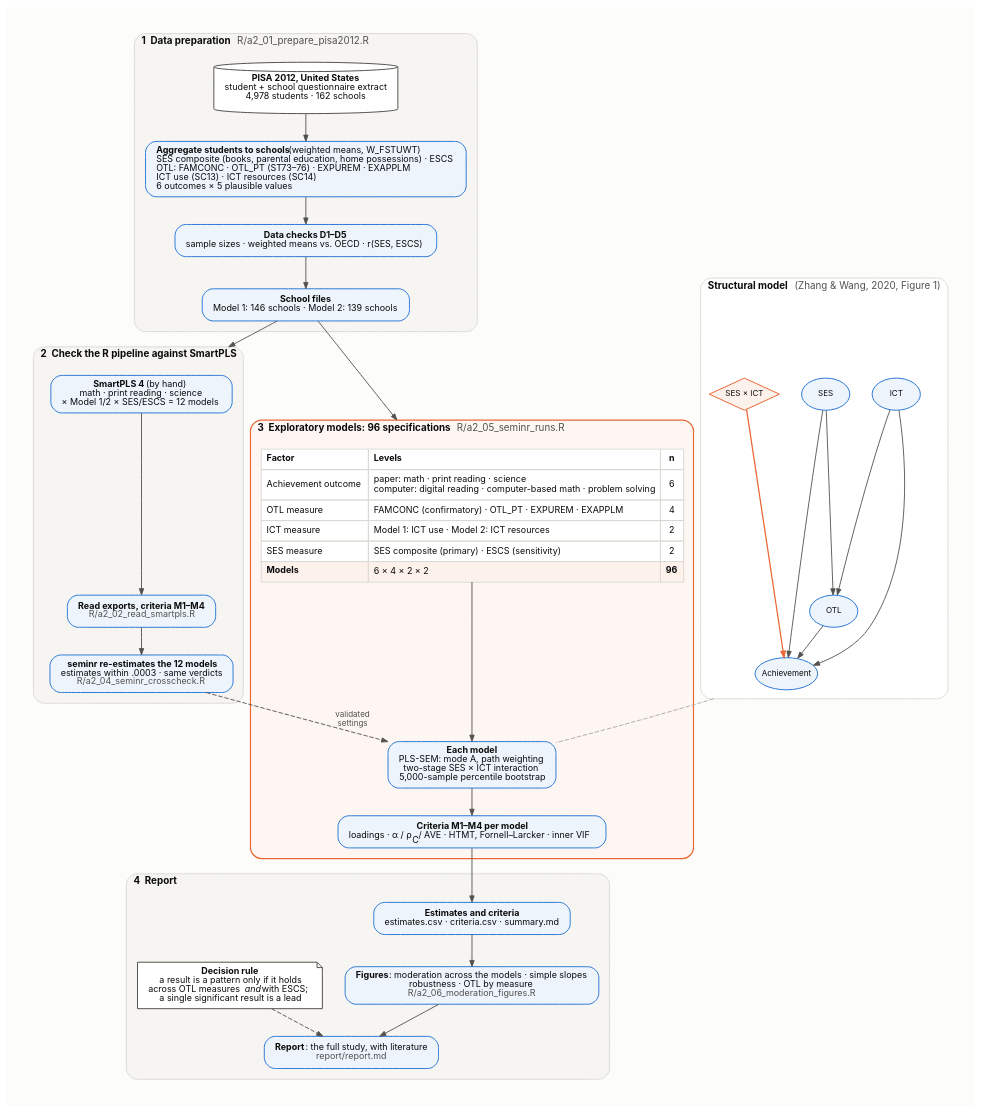
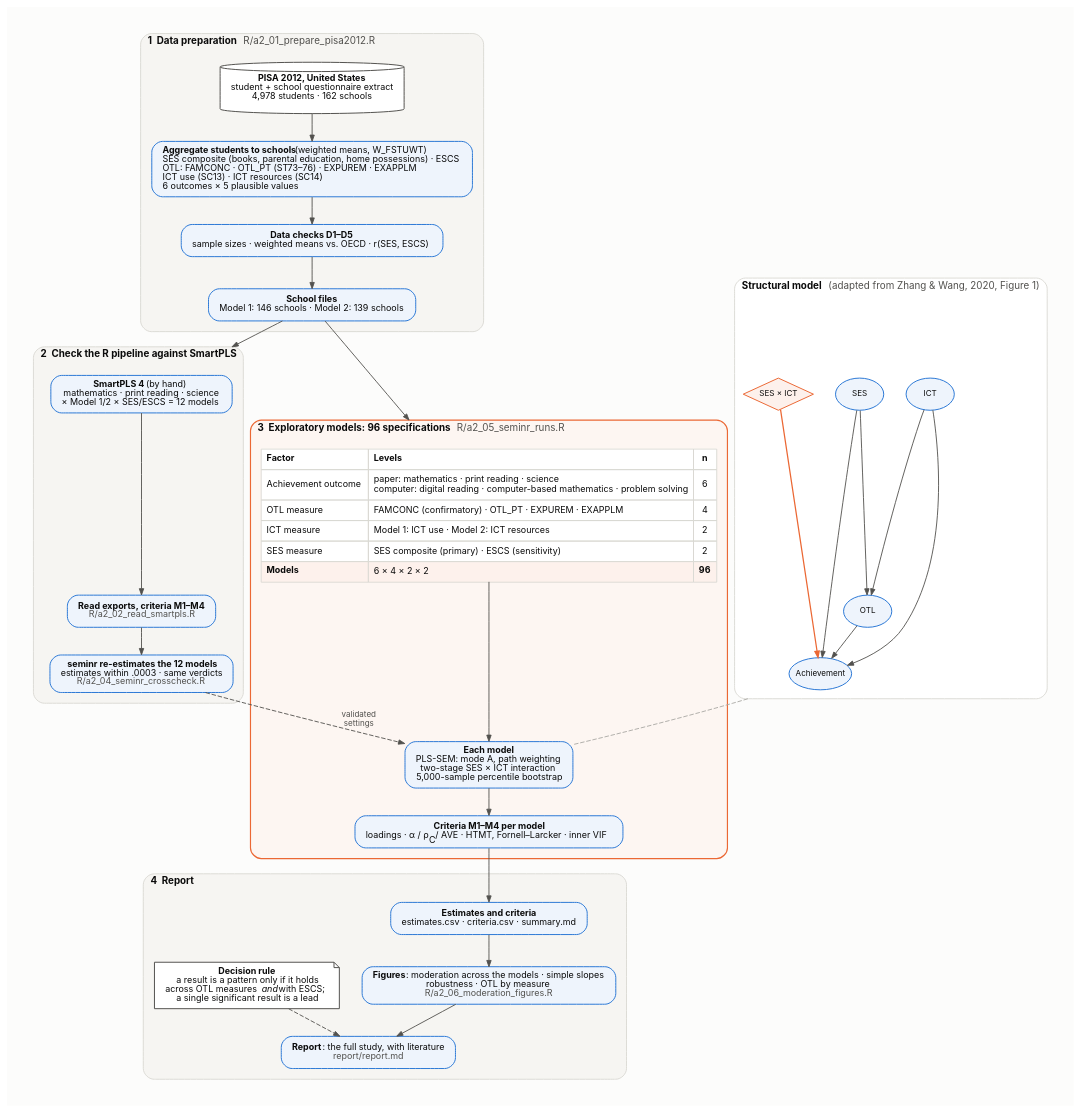
Before and after one commit to wangqiu-syr/ses-olt-achievement-TIMSS2011vsPISA2012: the diagram in report/figures/fig0_design_flowchart.dot, drawn with Graphviz. The commit also changed 5 other files, not shown here.

First line of the commit message:
"Mathematics" throughout; Figure 0 model "adapted from" Zhang & Wang (2020)

```diff
--- a/report/figures/fig0_design_flowchart.dot
+++ b/report/figures/fig0_design_flowchart.dot
@@ -1,86 +1,86 @@
 // Design and procedure of the A2 analysis and its 96 exploratory models.
 // Render from the repository root:
 //   dot -Tpng -Gdpi=200 report/figures/fig0_design_flowchart.dot -o report/figures/fig0_design_flowchart.png
 //   dot -Tsvg           report/figures/fig0_design_flowchart.dot -o report/figures/fig0_design_flowchart.svg
 digraph design {
   graph [rankdir=TB, fontname="Inter", fontsize=11, bgcolor="#fcfcfb", nodesep=0.35, ranksep=0.42,
          pad=0.3, newrank=true, compound=true, labeljust=l];
   node  [shape=box, style="rounded,filled", fontname="Inter", fontsize=10, color="#2a78d6",
          fillcolor="#eef4fc", fontcolor="#0b0b0b", penwidth=1.1, margin="0.16,0.08"];
   edge  [color="#52514e", arrowsize=0.7, penwidth=1.0, fontname="Inter", fontsize=9, fontcolor="#52514e"];
 
   // ---------------------------------------------------------------- 1. data
   subgraph cluster_data {
     label=<<B>1  Data preparation</B>  <FONT COLOR="#52514e">R/a2_01_prepare_pisa2012.R</FONT>>;
     style="rounded,filled"; color="#d9d8d3"; fillcolor="#f6f5f2"; fontcolor="#0b0b0b"; margin=12;
     raw    [shape=cylinder, fillcolor="#ffffff", color="#52514e",
             label=<<B>PISA 2012, United States</B><BR/>student + school questionnaire extract<BR/>4,978 students · 162 schools>];
     prep   [label=<<B>Aggregate students to schools</B> (weighted means, W_FSTUWT)<BR ALIGN="LEFT"/>SES composite (books, parental education, home possessions) · ESCS<BR ALIGN="LEFT"/>OTL: FAMCONC · OTL_PT (ST73–76) · EXPUREM · EXAPPLM<BR ALIGN="LEFT"/>ICT use (SC13) · ICT resources (SC14)<BR ALIGN="LEFT"/>6 outcomes × 5 plausible values<BR ALIGN="LEFT"/>>];
     checks [label=<<B>Data checks D1–D5</B><BR/>sample sizes · weighted means vs. OECD · r(SES, ESCS)>];
     files  [label=<<B>School files</B><BR/>Model 1: 146 schools · Model 2: 139 schools>];
     raw -> prep -> checks -> files;
   }
 
   // ---------------------------------------------------------------- 2. validation
   subgraph cluster_valid {
     label=<<B>2  Check the R pipeline against SmartPLS</B>>;
     style="rounded,filled"; color="#d9d8d3"; fillcolor="#f6f5f2"; fontcolor="#0b0b0b"; margin=12;
-    smartpls [label=<<B>SmartPLS 4</B> (by hand)<BR/>math · print reading · science<BR/>× Model 1/2 × SES/ESCS = 12 models>];
+    smartpls [label=<<B>SmartPLS 4</B> (by hand)<BR/>mathematics · print reading · science<BR/>× Model 1/2 × SES/ESCS = 12 models>];
     readsp   [label=<<B>Read exports, criteria M1–M4</B><BR/><FONT COLOR="#52514e">R/a2_02_read_smartpls.R</FONT>>];
     cross    [label=<<B>seminr re-estimates the 12 models</B><BR/>estimates within .0003 · same verdicts<BR/><FONT COLOR="#52514e">R/a2_04_seminr_crosscheck.R</FONT>>];
     smartpls -> readsp -> cross;
   }
 
   // ---------------------------------------------------------------- model (inset)
   subgraph cluster_model {
-    label=<<B>Structural model</B>  <FONT COLOR="#52514e">(Zhang &amp; Wang, 2020, Figure 1)</FONT>>;
+    label=<<B>Structural model</B>  <FONT COLOR="#52514e">(adapted from Zhang &amp; Wang, 2020, Figure 1)</FONT>>;
     style="rounded,filled"; color="#d9d8d3"; fillcolor="#ffffff"; fontcolor="#0b0b0b"; margin=10;
     node [shape=ellipse, style="filled", fillcolor="#eef4fc", color="#2a78d6", margin="0.06,0.03", fontsize=9];
     mSES [label="SES"]; mICT [label="ICT"]; mOTL [label="OTL"]; mACH [label="Achievement"];
     mINT [label="SES × ICT", shape=diamond, fillcolor="#fdf1ec", color="#eb6834"];
     // invisible anchor fixes the left-to-right order SES, SES × ICT, ICT
     mAnc [shape=point, style=invis, width=0, height=0, label="", ordering=out];
     mAnc -> mSES [style=invis]; mAnc -> mINT [style=invis]; mAnc -> mICT [style=invis];
     mSES -> mOTL; mICT -> mOTL; mSES -> mACH; mICT -> mACH; mOTL -> mACH;
     mINT -> mACH [color="#eb6834", penwidth=1.4];
     {rank=same; mSES; mINT; mICT}
   }
 
   // ---------------------------------------------------------------- 3. grid
   subgraph cluster_grid {
     label=<<B>3  Exploratory models: 96 specifications</B>  <FONT COLOR="#52514e">R/a2_05_seminr_runs.R</FONT>>;
     style="rounded,filled"; color="#eb6834"; fillcolor="#fdf6f2"; fontcolor="#0b0b0b"; margin=12; penwidth=1.3;
     factors [shape=plain, style="", label=<
       <TABLE BORDER="0" CELLBORDER="1" CELLSPACING="0" CELLPADDING="5" COLOR="#d9d8d3" BGCOLOR="#ffffff">
         <TR><TD ALIGN="LEFT"><B>Factor</B></TD><TD ALIGN="LEFT"><B>Levels</B></TD><TD><B>n</B></TD></TR>
-        <TR><TD ALIGN="LEFT">Achievement outcome</TD><TD ALIGN="LEFT">paper: math · print reading · science<BR ALIGN="LEFT"/>computer: digital reading · computer-based math · problem solving<BR ALIGN="LEFT"/></TD><TD>6</TD></TR>
+        <TR><TD ALIGN="LEFT">Achievement outcome</TD><TD ALIGN="LEFT">paper: mathematics · print reading · science<BR ALIGN="LEFT"/>computer: digital reading · computer-based mathematics · problem solving<BR ALIGN="LEFT"/></TD><TD>6</TD></TR>
         <TR><TD ALIGN="LEFT">OTL measure</TD><TD ALIGN="LEFT">FAMCONC (confirmatory) · OTL_PT · EXPUREM · EXAPPLM</TD><TD>4</TD></TR>
         <TR><TD ALIGN="LEFT">ICT measure</TD><TD ALIGN="LEFT">Model 1: ICT use · Model 2: ICT resources</TD><TD>2</TD></TR>
         <TR><TD ALIGN="LEFT">SES measure</TD><TD ALIGN="LEFT">SES composite (primary) · ESCS (sensitivity)</TD><TD>2</TD></TR>
         <TR><TD ALIGN="LEFT" BGCOLOR="#fdf1ec"><B>Models</B></TD><TD ALIGN="LEFT" BGCOLOR="#fdf1ec">6 × 4 × 2 × 2</TD><TD BGCOLOR="#fdf1ec"><B>96</B></TD></TR>
       </TABLE>>];
     est  [label=<<B>Each model</B><BR/>PLS-SEM: mode A, path weighting<BR/>two-stage SES × ICT interaction<BR/>5,000-sample percentile bootstrap>];
     crit [label=<<B>Criteria M1–M4 per model</B><BR/>loadings · α / ρ<SUB>C</SUB> / AVE · HTMT, Fornell–Larcker · inner VIF>];
     factors -> est -> crit;
   }
 
   // ---------------------------------------------------------------- 4. report
   subgraph cluster_report {
     label=<<B>4  Report</B>>;
     style="rounded,filled"; color="#d9d8d3"; fillcolor="#f6f5f2"; fontcolor="#0b0b0b"; margin=12;
     outs [label=<<B>Estimates and criteria</B><BR/>estimates.csv · criteria.csv · summary.md>];
     rule [shape=note, fillcolor="#ffffff", color="#52514e",
           label=<<B>Decision rule</B><BR/>a result is a pattern only if it holds<BR/>across OTL measures <I>and</I> with ESCS;<BR/>a single significant result is a lead>];
     figs [label=<<B>Figures</B>: moderation across the models · simple slopes<BR/>robustness · OTL by measure<BR/><FONT COLOR="#52514e">R/a2_06_moderation_figures.R</FONT>>];
     rep  [label=<<B>Report</B>: the full study, with literature<BR/><FONT COLOR="#52514e">report/report.md</FONT>>];
     outs -> figs -> rep;
     rule -> rep [style=dashed];
   }
 
   // ---------------------------------------------------------------- links between stages
   files -> smartpls [lhead=cluster_valid];
   files -> factors  [lhead=cluster_grid];
   cross -> est      [label="  validated\n  settings", style=dashed];
   mACH  -> est      [ltail=cluster_model, style=dashed, arrowhead=none, color="#a9a8a3"];
   crit  -> outs;
 }
```
